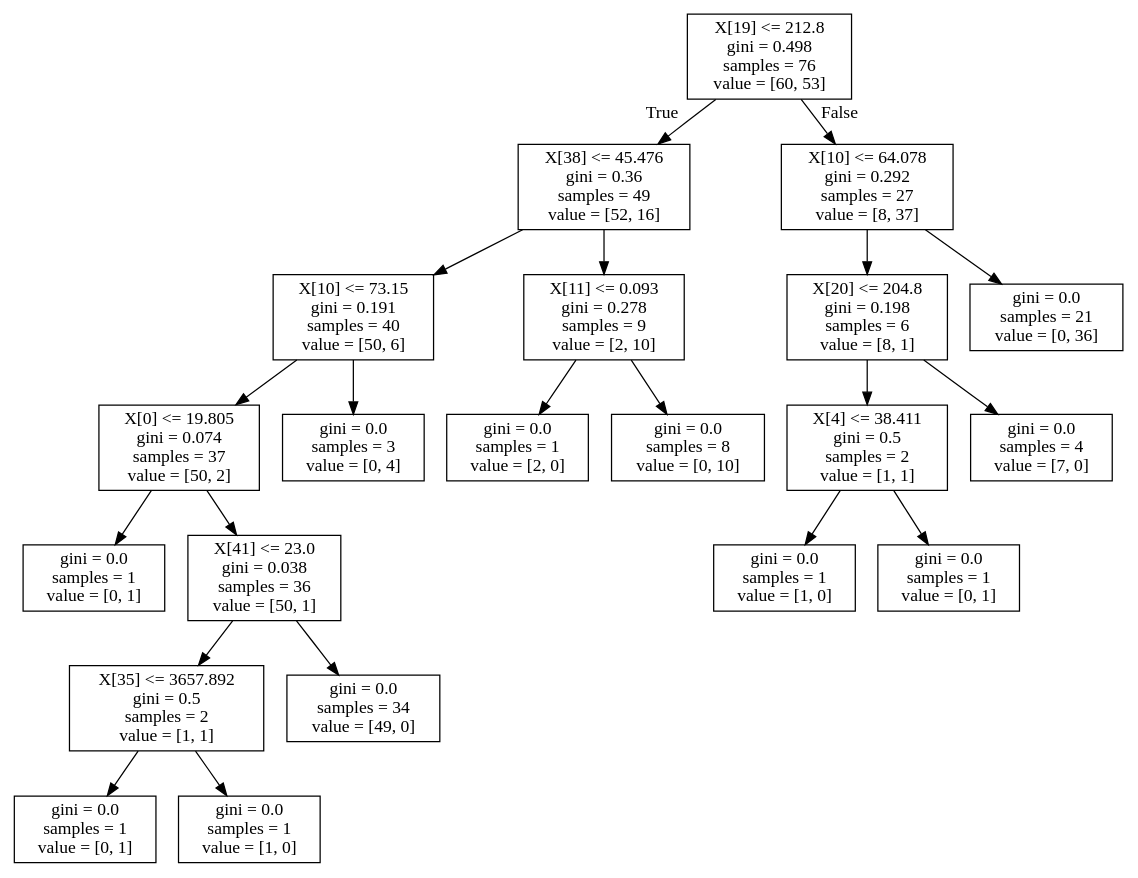
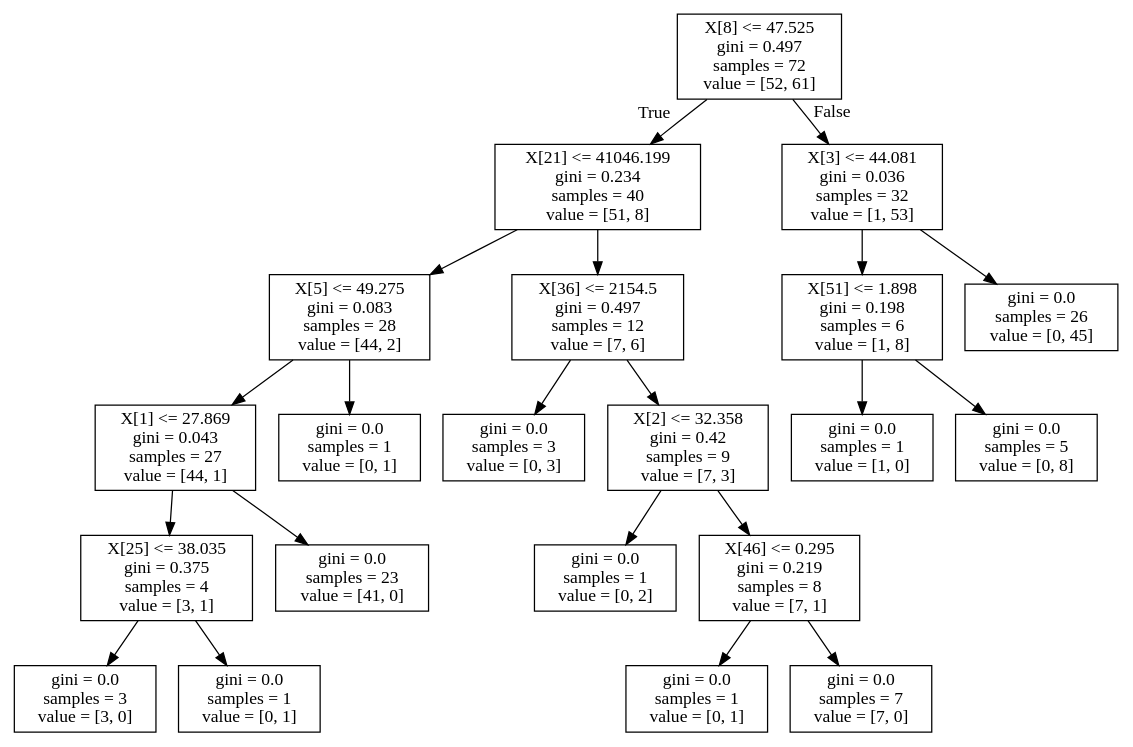
Before and after one commit to TrisKast/DataScience-Bioinformatics: the diagram in notebooks/tree.dot, drawn with Graphviz. The commit also changed 12 other files, not shown here.

```diff
--- a/notebooks/tree.dot
+++ b/notebooks/tree.dot
@@ -1,44 +1,44 @@
 digraph Tree {
 node [shape=box] ;
-0 [label="X[19] <= 212.8\ngini = 0.498\nsamples = 76\nvalue = [60, 53]"] ;
-1 [label="X[38] <= 45.476\ngini = 0.36\nsamples = 49\nvalue = [52, 16]"] ;
+0 [label="X[8] <= 47.525\ngini = 0.497\nsamples = 72\nvalue = [52, 61]"] ;
+1 [label="X[21] <= 41046.199\ngini = 0.234\nsamples = 40\nvalue = [51, 8]"] ;
 0 -> 1 [labeldistance=2.5, labelangle=45, headlabel="True"] ;
-2 [label="X[10] <= 73.15\ngini = 0.191\nsamples = 40\nvalue = [50, 6]"] ;
+2 [label="X[5] <= 49.275\ngini = 0.083\nsamples = 28\nvalue = [44, 2]"] ;
 1 -> 2 ;
-3 [label="X[0] <= 19.805\ngini = 0.074\nsamples = 37\nvalue = [50, 2]"] ;
+3 [label="X[1] <= 27.869\ngini = 0.043\nsamples = 27\nvalue = [44, 1]"] ;
 2 -> 3 ;
-4 [label="gini = 0.0\nsamples = 1\nvalue = [0, 1]"] ;
+4 [label="X[25] <= 38.035\ngini = 0.375\nsamples = 4\nvalue = [3, 1]"] ;
 3 -> 4 ;
-5 [label="X[41] <= 23.0\ngini = 0.038\nsamples = 36\nvalue = [50, 1]"] ;
-3 -> 5 ;
-6 [label="X[35] <= 3657.892\ngini = 0.5\nsamples = 2\nvalue = [1, 1]"] ;
-5 -> 6 ;
-7 [label="gini = 0.0\nsamples = 1\nvalue = [0, 1]"] ;
-6 -> 7 ;
-8 [label="gini = 0.0\nsamples = 1\nvalue = [1, 0]"] ;
-6 -> 8 ;
-9 [label="gini = 0.0\nsamples = 34\nvalue = [49, 0]"] ;
-5 -> 9 ;
-10 [label="gini = 0.0\nsamples = 3\nvalue = [0, 4]"] ;
-2 -> 10 ;
-11 [label="X[11] <= 0.093\ngini = 0.278\nsamples = 9\nvalue = [2, 10]"] ;
-1 -> 11 ;
-12 [label="gini = 0.0\nsamples = 1\nvalue = [2, 0]"] ;
+5 [label="gini = 0.0\nsamples = 3\nvalue = [3, 0]"] ;
+4 -> 5 ;
+6 [label="gini = 0.0\nsamples = 1\nvalue = [0, 1]"] ;
+4 -> 6 ;
+7 [label="gini = 0.0\nsamples = 23\nvalue = [41, 0]"] ;
+3 -> 7 ;
+8 [label="gini = 0.0\nsamples = 1\nvalue = [0, 1]"] ;
+2 -> 8 ;
+9 [label="X[36] <= 2154.5\ngini = 0.497\nsamples = 12\nvalue = [7, 6]"] ;
+1 -> 9 ;
+10 [label="gini = 0.0\nsamples = 3\nvalue = [0, 3]"] ;
+9 -> 10 ;
+11 [label="X[2] <= 32.358\ngini = 0.42\nsamples = 9\nvalue = [7, 3]"] ;
+9 -> 11 ;
+12 [label="gini = 0.0\nsamples = 1\nvalue = [0, 2]"] ;
 11 -> 12 ;
-13 [label="gini = 0.0\nsamples = 8\nvalue = [0, 10]"] ;
+13 [label="X[46] <= 0.295\ngini = 0.219\nsamples = 8\nvalue = [7, 1]"] ;
 11 -> 13 ;
-14 [label="X[10] <= 64.078\ngini = 0.292\nsamples = 27\nvalue = [8, 37]"] ;
-0 -> 14 [labeldistance=2.5, labelangle=-45, headlabel="False"] ;
-15 [label="X[20] <= 204.8\ngini = 0.198\nsamples = 6\nvalue = [8, 1]"] ;
-14 -> 15 ;
-16 [label="X[4] <= 38.411\ngini = 0.5\nsamples = 2\nvalue = [1, 1]"] ;
-15 -> 16 ;
-17 [label="gini = 0.0\nsamples = 1\nvalue = [1, 0]"] ;
+14 [label="gini = 0.0\nsamples = 1\nvalue = [0, 1]"] ;
+13 -> 14 ;
+15 [label="gini = 0.0\nsamples = 7\nvalue = [7, 0]"] ;
+13 -> 15 ;
+16 [label="X[3] <= 44.081\ngini = 0.036\nsamples = 32\nvalue = [1, 53]"] ;
+0 -> 16 [labeldistance=2.5, labelangle=-45, headlabel="False"] ;
+17 [label="X[51] <= 1.898\ngini = 0.198\nsamples = 6\nvalue = [1, 8]"] ;
 16 -> 17 ;
-18 [label="gini = 0.0\nsamples = 1\nvalue = [0, 1]"] ;
-16 -> 18 ;
-19 [label="gini = 0.0\nsamples = 4\nvalue = [7, 0]"] ;
-15 -> 19 ;
-20 [label="gini = 0.0\nsamples = 21\nvalue = [0, 36]"] ;
-14 -> 20 ;
+18 [label="gini = 0.0\nsamples = 1\nvalue = [1, 0]"] ;
+17 -> 18 ;
+19 [label="gini = 0.0\nsamples = 5\nvalue = [0, 8]"] ;
+17 -> 19 ;
+20 [label="gini = 0.0\nsamples = 26\nvalue = [0, 45]"] ;
+16 -> 20 ;
 }
```
